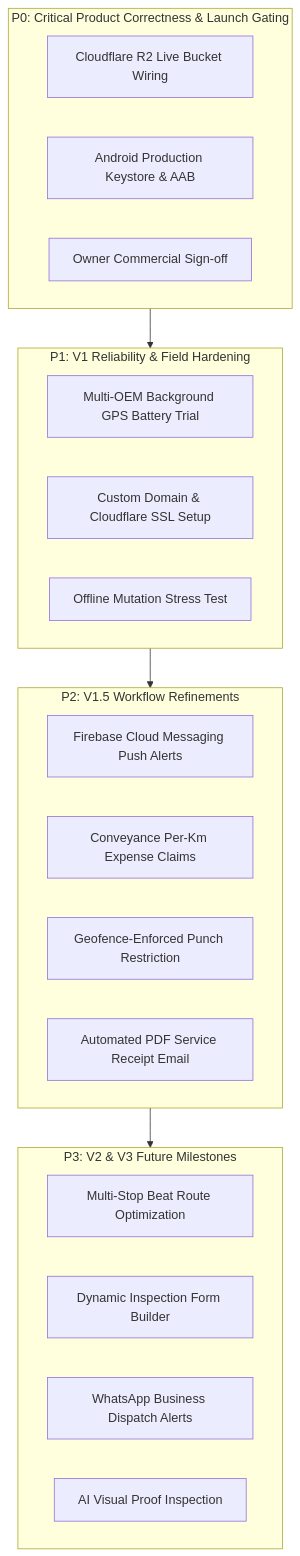
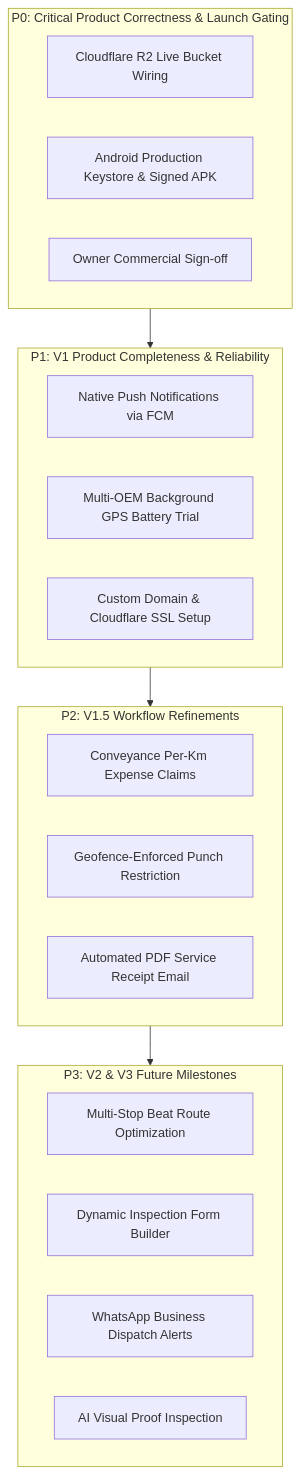
The diagram in docs/product/GAP-ANALYSIS-AND-ROADMAP.md (djsushilkumar/oprino), drawn with Mermaid before and after one commit. The commit also changed other lines of this file and 12 other files, not shown here.

````diff
--- a/docs/product/GAP-ANALYSIS-AND-ROADMAP.md
+++ b/docs/product/GAP-ANALYSIS-AND-ROADMAP.md
@@ -76,32 +87,31 @@
 ```mermaid
 graph TD
     subgraph P0 [P0: Critical Product Correctness & Launch Gating]
         P0_1[Cloudflare R2 Live Bucket Wiring]
-        P0_2[Android Production Keystore & AAB]
+        P0_2[Android Production Keystore & Signed APK]
         P0_3[Owner Commercial Sign-off]
     end
 
-    subgraph P1 [P1: V1 Reliability & Field Hardening]
-        P1_1[Multi-OEM Background GPS Battery Trial]
-        P1_2[Custom Domain & Cloudflare SSL Setup]
-        P1_3[Offline Mutation Stress Test]
+    subgraph P1 [P1: V1 Product Completeness & Reliability]
+        P1_1[Native Push Notifications via FCM]
+        P1_2[Multi-OEM Background GPS Battery Trial]
+        P1_3[Custom Domain & Cloudflare SSL Setup]
     end
 
     subgraph P2 [P2: V1.5 Workflow Refinements]
-        P2_1[Firebase Cloud Messaging Push Alerts]
-        P2_2[Conveyance Per-Km Expense Claims]
-        P2_3[Geofence-Enforced Punch Restriction]
-        P2_4[Automated PDF Service Receipt Email]
+        P2_1[Conveyance Per-Km Expense Claims]
+        P2_2[Geofence-Enforced Punch Restriction]
+        P2_3[Automated PDF Service Receipt Email]
     end
 
     subgraph P3 [P3: V2 & V3 Future Milestones]
         P3_1[Multi-Stop Beat Route Optimization]
         P3_2[Dynamic Inspection Form Builder]
         P3_3[WhatsApp Business Dispatch Alerts]
         P3_4[AI Visual Proof Inspection]
     end
 
     P0 --> P1
     P1 --> P2
     P2 --> P3
 ```
````
